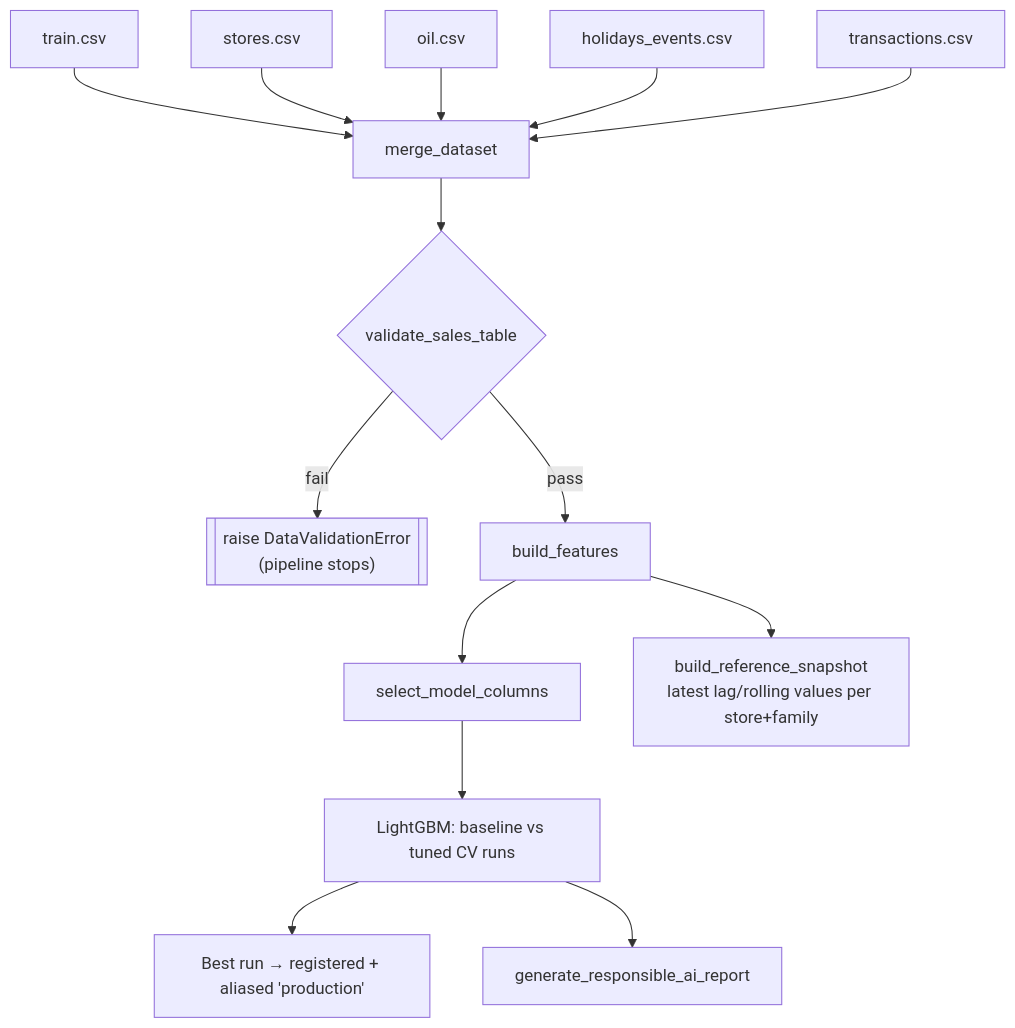
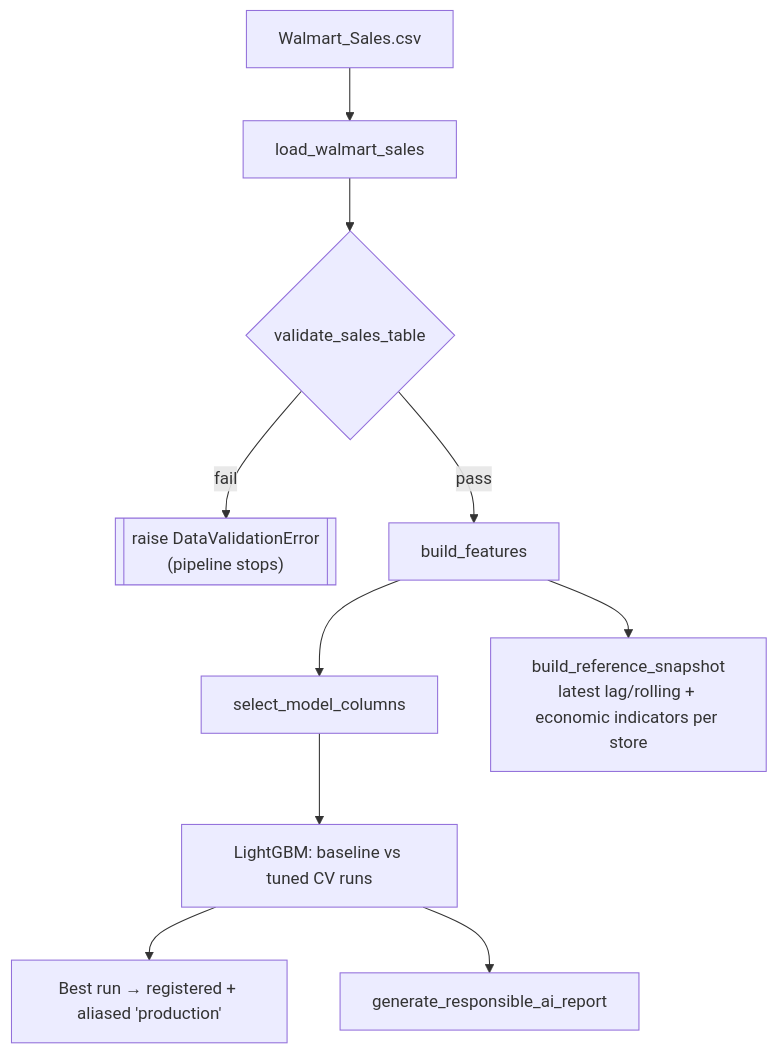
One commit to Group-4-FSB/group4-demand-forecasting changed the second of 2 diagrams in ARCHITECTURE.md. Above: the diagram before and after it, drawn with Mermaid. The commit also changed other lines of this file and 43 other files, not shown here.

````diff
--- a/ARCHITECTURE.md
+++ b/ARCHITECTURE.md
@@ -58,16 +58,12 @@
 ```mermaid
 flowchart TD
-    A[train.csv] --> M[merge_dataset]
-    B[stores.csv] --> M
-    C[oil.csv] --> M
-    D[holidays_events.csv] --> M
-    E[transactions.csv] --> M
+    A[Walmart_Sales.csv] --> M[load_walmart_sales]
     M --> V{validate_sales_table}
     V -- fail --> X[["raise DataValidationError\n(pipeline stops)"]]
     V -- pass --> F[build_features]
     F --> S[select_model_columns]
     S --> T[LightGBM: baseline vs tuned CV runs]
     T --> BEST[Best run → registered + aliased 'production']
-    F --> SNAP[build_reference_snapshot\nlatest lag/rolling values per store+family]
+    F --> SNAP[build_reference_snapshot\nlatest lag/rolling + economic indicators per store]
     T --> RAI[generate_responsible_ai_report]
 ```
````
